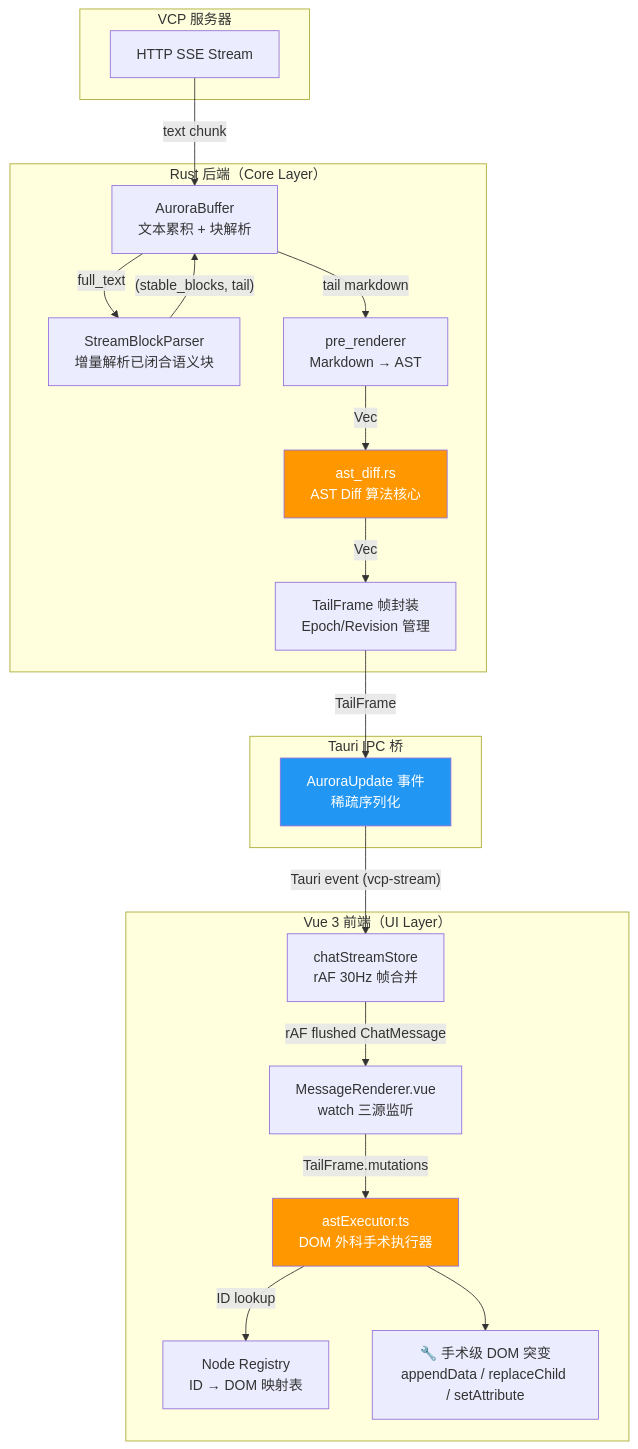
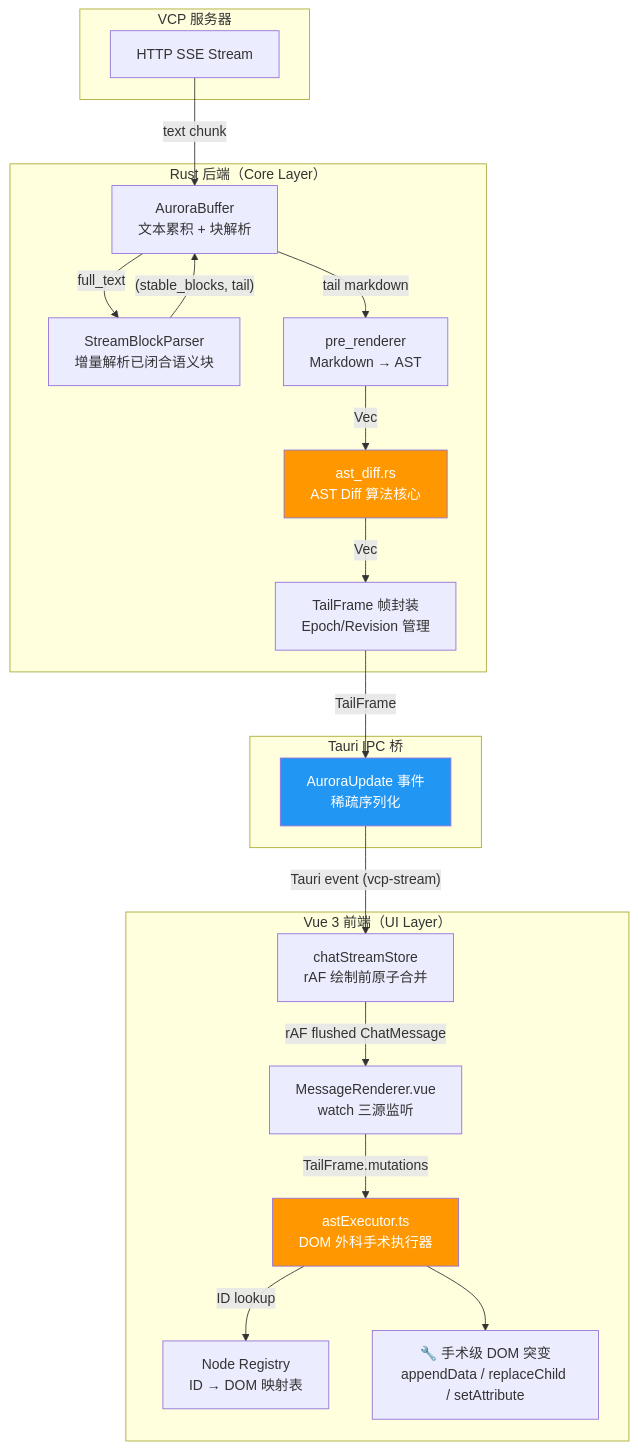
Before and after one commit to MRiecy/VCPMobile: the second of 4 diagrams in docs/modules/ast-diff/00_专栏总览与导读.md, drawn with Mermaid. The commit also changed other lines of this file and 12 other files, not shown here.

````diff
--- a/docs/modules/ast-diff/00_专栏总览与导读.md
+++ b/docs/modules/ast-diff/00_专栏总览与导读.md
@@ -66,43 +67,43 @@
 ```mermaid
 graph TB
     subgraph ServerLayer["VCP 服务器"]
         SSE["HTTP SSE Stream"]
     end
 
     subgraph RustBackend["Rust 后端（Core Layer）"]
         AuroraBuf["AuroraBuffer<br/>文本累积 + 块解析"]
         StreamParser["StreamBlockParser<br/>增量解析已闭合语义块"]
         MarkdownParser["pre_renderer<br/>Markdown → AST"]
         DiffEngine["ast_diff.rs<br/>AST Diff 算法核心"]
         TailFrame["TailFrame 帧封装<br/>Epoch/Revision 管理"]
     end
 
     subgraph IPCBridge["Tauri IPC 桥"]
         AuroraUpdate["AuroraUpdate 事件<br/>稀疏序列化"]
     end
 
     subgraph VueFrontend["Vue 3 前端（UI Layer）"]
-        StreamStore["chatStreamStore<br/>rAF 30Hz 帧合并"]
+        StreamStore["chatStreamStore<br/>rAF 绘制前原子合并"]
         MessageRenderer["MessageRenderer.vue<br/>watch 三源监听"]
         AstExecutor["astExecutor.ts<br/>DOM 外科手术执行器"]
         NodeRegistry["Node Registry<br/>ID → DOM 映射表"]
         DOMMutations["🔧 手术级 DOM 突变<br/>appendData / replaceChild / setAttribute"]
     end
 
     SSE -->|"text chunk"| AuroraBuf
     AuroraBuf -->|"full_text"| StreamParser
     StreamParser -->|"(stable_blocks, tail)"| AuroraBuf
     AuroraBuf -->|"tail markdown"| MarkdownParser
     MarkdownParser -->|"Vec<MarkdownNode>"| DiffEngine
     DiffEngine -->|"Vec<AstMutation>"| TailFrame
     TailFrame -->|"TailFrame"| AuroraUpdate
     AuroraUpdate -->|"Tauri event (vcp-stream)"| StreamStore
     StreamStore -->|"rAF flushed ChatMessage"| MessageRenderer
     MessageRenderer -->|"TailFrame.mutations"| AstExecutor
     AstExecutor -->|"ID lookup"| NodeRegistry
     AstExecutor --> DOMMutations
 
     style DiffEngine fill:#ff9800,color:#fff
     style AstExecutor fill:#ff9800,color:#fff
     style AuroraUpdate fill:#2196f3,color:#fff
 ```
````
